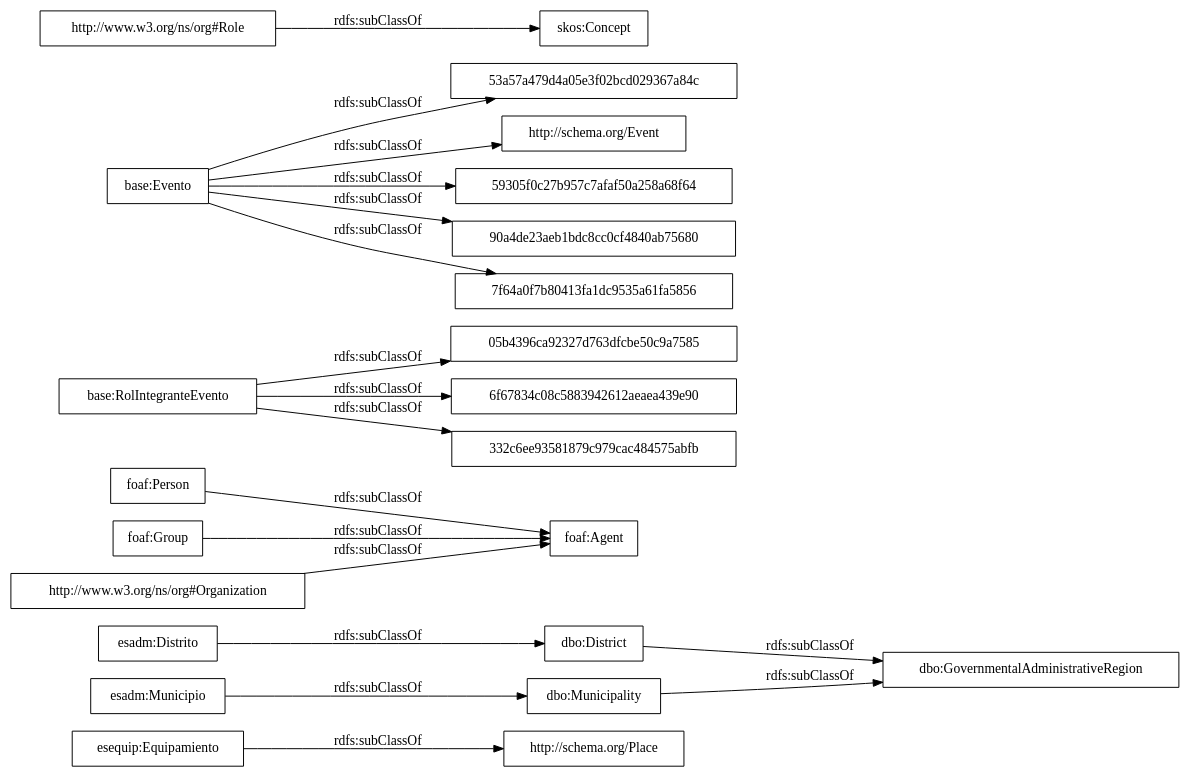
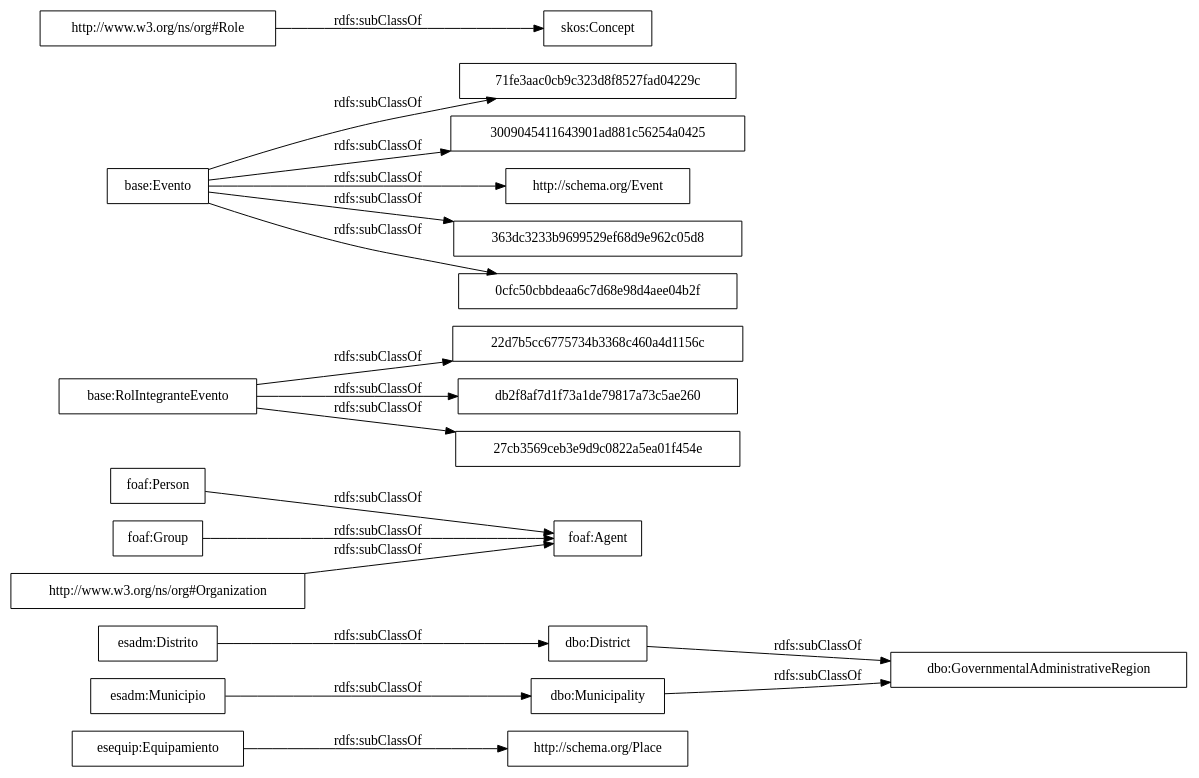
One commit to OnToologyUser/sector-publico-agenda-municipal changed the diagram in OnToology/ontology/agenda-municipal.owl/diagrams/ar2dtool-taxonomy/agenda-municipal.owl.png.dot. Above: the diagram before and after it, drawn with Graphviz. The commit also changed 11 other files, not shown here.

```diff
--- a/OnToology/ontology/agenda-municipal.owl/diagrams/ar2dtool-taxonomy/agenda-municipal.owl.png.dot
+++ b/OnToology/ontology/agenda-municipal.owl/diagrams/ar2dtool-taxonomy/agenda-municipal.owl.png.dot
@@ -1,23 +1,23 @@
 digraph ar2dtool_diagram { 
 rankdir=LR;
 size="1000"
-node [shape = rectangle, color="black"]; "esequip:Equipamiento" "dbo:GovernmentalAdministrativeRegion" "foaf:Agent" "05b4396ca92327d763dfcbe50c9a7585" "dbo:District" "6f67834c08c5883942612aeaea439e90" "base:Evento" "332c6ee93581879c979cac484575abfb" "53a57a479d4a05e3f02bcd029367a84c" "http://schema.org/Event" "foaf:Person" "esadm:Distrito" "59305f0c27b957c7afaf50a258a68f64" "dbo:Municipality" "foaf:Group" "skos:Concept" "base:RolIntegranteEvento" "esadm:Municipio" "http://www.w3.org/ns/org#Role" "http://www.w3.org/ns/org#Organization" "http://schema.org/Place" "90a4de23aeb1bdc8cc0cf4840ab75680" "7f64a0f7b80413fa1dc9535a61fa5856" ; /*classes style*/
+node [shape = rectangle, color="black"]; "esequip:Equipamiento" "dbo:GovernmentalAdministrativeRegion" "foaf:Agent" "22d7b5cc6775734b3368c460a4d1156c" "71fe3aac0cb9c323d8f8527fad04229c" "3009045411643901ad881c56254a0425" "db2f8af7d1f73a1de79817a73c5ae260" "dbo:District" "base:Evento" "http://schema.org/Event" "363dc3233b9699529ef68d9e962c05d8" "foaf:Person" "0cfc50cbbdeaa6c7d68e98d4aee04b2f" "esadm:Distrito" "dbo:Municipality" "27cb3569ceb3e9d9c0822a5ea01f454e" "foaf:Group" "skos:Concept" "base:RolIntegranteEvento" "esadm:Municipio" "http://www.w3.org/ns/org#Organization" "http://www.w3.org/ns/org#Role" "http://schema.org/Place" ; /*classes style*/
 	"foaf:Group" -> "foaf:Agent" [ label = "rdfs:subClassOf" ];
 	"http://www.w3.org/ns/org#Organization" -> "foaf:Agent" [ label = "rdfs:subClassOf" ];
 	"http://www.w3.org/ns/org#Role" -> "skos:Concept" [ label = "rdfs:subClassOf" ];
 	"foaf:Person" -> "foaf:Agent" [ label = "rdfs:subClassOf" ];
 	"esadm:Distrito" -> "dbo:District" [ label = "rdfs:subClassOf" ];
 	"dbo:Municipality" -> "dbo:GovernmentalAdministrativeRegion" [ label = "rdfs:subClassOf" ];
 	"dbo:District" -> "dbo:GovernmentalAdministrativeRegion" [ label = "rdfs:subClassOf" ];
 	"base:Evento" -> "http://schema.org/Event" [ label = "rdfs:subClassOf" ];
-	"base:Evento" -> "53a57a479d4a05e3f02bcd029367a84c" [ label = "rdfs:subClassOf" ];
-	"base:Evento" -> "90a4de23aeb1bdc8cc0cf4840ab75680" [ label = "rdfs:subClassOf" ];
-	"base:Evento" -> "59305f0c27b957c7afaf50a258a68f64" [ label = "rdfs:subClassOf" ];
-	"base:Evento" -> "7f64a0f7b80413fa1dc9535a61fa5856" [ label = "rdfs:subClassOf" ];
+	"base:Evento" -> "363dc3233b9699529ef68d9e962c05d8" [ label = "rdfs:subClassOf" ];
+	"base:Evento" -> "0cfc50cbbdeaa6c7d68e98d4aee04b2f" [ label = "rdfs:subClassOf" ];
+	"base:Evento" -> "3009045411643901ad881c56254a0425" [ label = "rdfs:subClassOf" ];
+	"base:Evento" -> "71fe3aac0cb9c323d8f8527fad04229c" [ label = "rdfs:subClassOf" ];
 	"esequip:Equipamiento" -> "http://schema.org/Place" [ label = "rdfs:subClassOf" ];
-	"base:RolIntegranteEvento" -> "332c6ee93581879c979cac484575abfb" [ label = "rdfs:subClassOf" ];
-	"base:RolIntegranteEvento" -> "05b4396ca92327d763dfcbe50c9a7585" [ label = "rdfs:subClassOf" ];
-	"base:RolIntegranteEvento" -> "6f67834c08c5883942612aeaea439e90" [ label = "rdfs:subClassOf" ];
+	"base:RolIntegranteEvento" -> "db2f8af7d1f73a1de79817a73c5ae260" [ label = "rdfs:subClassOf" ];
+	"base:RolIntegranteEvento" -> "22d7b5cc6775734b3368c460a4d1156c" [ label = "rdfs:subClassOf" ];
+	"base:RolIntegranteEvento" -> "27cb3569ceb3e9d9c0822a5ea01f454e" [ label = "rdfs:subClassOf" ];
 	"esadm:Municipio" -> "dbo:Municipality" [ label = "rdfs:subClassOf" ];
 
 }
```
